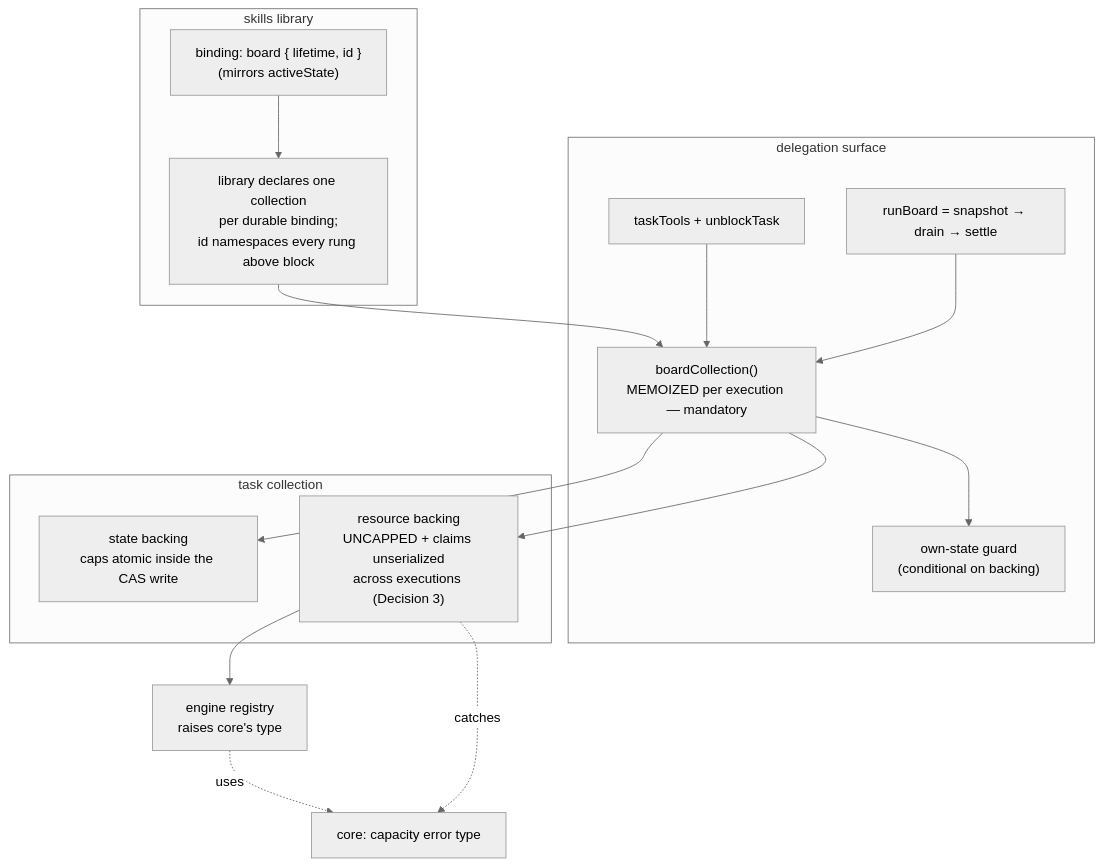
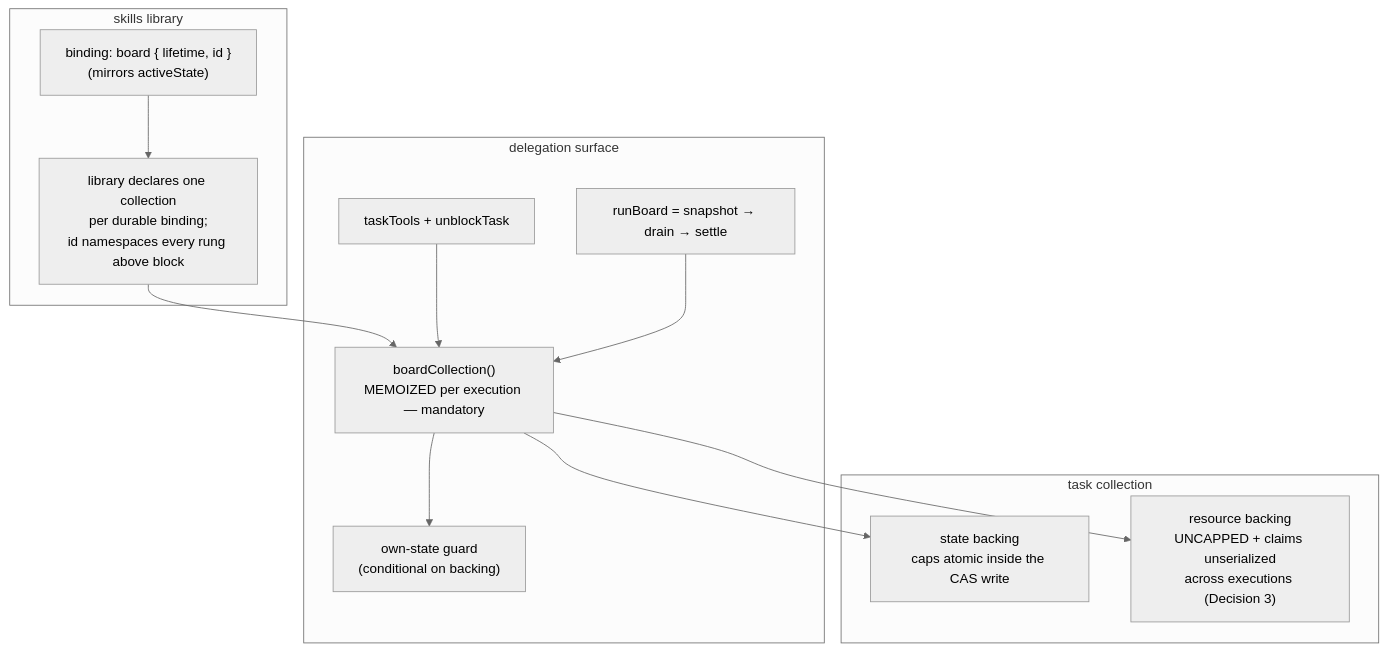
Before and after one commit to fixpoint-labs/flow-state-dev: the diagram in docs/specs/FIX-957.md, drawn with Mermaid (neutral theme). The commit also changed other lines of this file, not shown here.

````diff
--- a/docs/specs/FIX-957.md
+++ b/docs/specs/FIX-957.md
@@ -203,32 +200,27 @@
 ```mermaid
 flowchart TB
   subgraph lib["skills library"]
     OPT["binding: board { lifetime, id }<br/>(mirrors activeState)"]
     RES["library declares one collection<br/>per durable binding;<br/>id namespaces every rung above block"]
   end
 
   subgraph surf["delegation surface"]
     BC["boardCollection()<br/>MEMOIZED per execution — mandatory"]
     GUARD["own-state guard<br/>(conditional on backing)"]
     TOOLS["taskTools + unblockTask"]
     RB["runBoard = snapshot → drain → settle"]
   end
 
   subgraph coll["task collection"]
     STATE["state backing<br/>caps atomic inside the CAS write"]
     RESB["resource backing<br/>UNCAPPED + claims unserialized<br/>across executions (Decision 3)"]
   end
 
-  CORE["core: capacity error type"]
-  REG["engine registry<br/>raises core's type"]
 
   OPT --> RES --> BC
   BC --> GUARD
   BC --> STATE
   BC --> RESB
   TOOLS --> BC
   RB --> BC
-  RESB --> REG
-  REG -.uses.-> CORE
-  RESB -.catches.-> CORE
 ```
````
